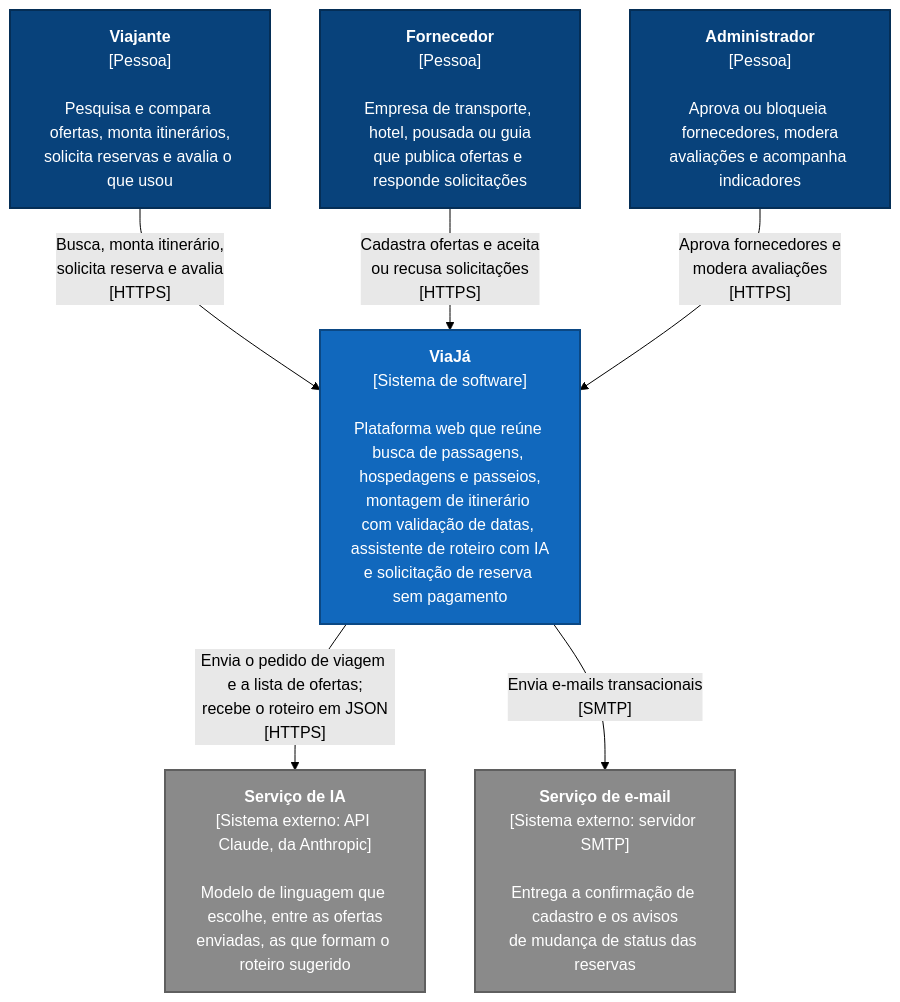
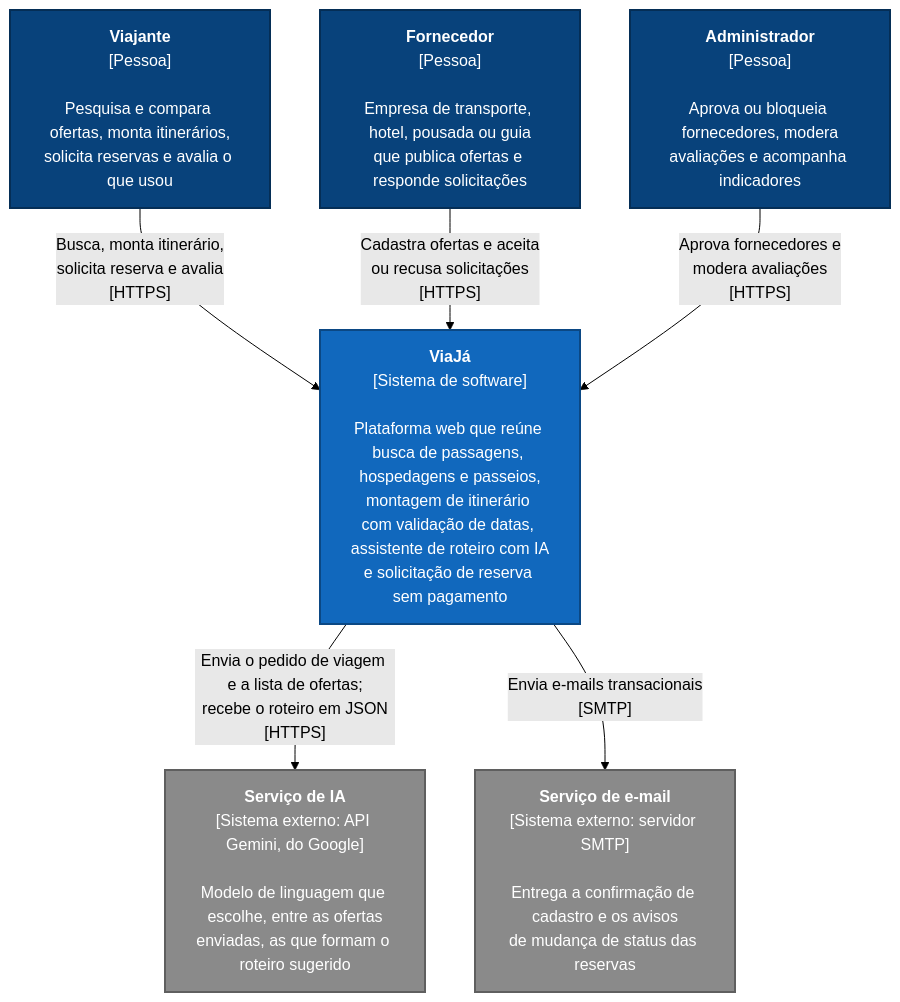
Before and after one commit to duquexote/viaja: the diagram in docs/c4/c4-1-contexto.mmd, drawn with Mermaid (forest theme). The commit also changed 22 other files, not shown here.

```diff
--- a/docs/c4/c4-1-contexto.mmd
+++ b/docs/c4/c4-1-contexto.mmd
@@ -1,22 +1,22 @@
 flowchart TB
     viajante["<b>Viajante</b><br/>[Pessoa]<br/><br/>Pesquisa e compara ofertas, monta itinerários,<br/>solicita reservas e avalia o que usou"]
     fornecedor["<b>Fornecedor</b><br/>[Pessoa]<br/><br/>Empresa de transporte, hotel, pousada ou guia<br/>que publica ofertas e responde solicitações"]
     admin["<b>Administrador</b><br/>[Pessoa]<br/><br/>Aprova ou bloqueia fornecedores, modera<br/>avaliações e acompanha indicadores"]
 
     viaja["<b>ViaJá</b><br/>[Sistema de software]<br/><br/>Plataforma web que reúne busca de passagens, hospedagens e passeios,<br/>montagem de itinerário com validação de datas, assistente de roteiro com IA<br/>e solicitação de reserva sem pagamento"]
 
-    ia["<b>Serviço de IA</b><br/>[Sistema externo: API Claude, da Anthropic]<br/><br/>Modelo de linguagem que escolhe, entre as ofertas<br/>enviadas, as que formam o roteiro sugerido"]
+    ia["<b>Serviço de IA</b><br/>[Sistema externo: API Gemini, do Google]<br/><br/>Modelo de linguagem que escolhe, entre as ofertas<br/>enviadas, as que formam o roteiro sugerido"]
     email["<b>Serviço de e-mail</b><br/>[Sistema externo: servidor SMTP]<br/><br/>Entrega a confirmação de cadastro e os avisos<br/>de mudança de status das reservas"]
 
     viajante -->|"Busca, monta itinerário,<br/>solicita reserva e avalia<br/>[HTTPS]"| viaja
     fornecedor -->|"Cadastra ofertas e aceita<br/>ou recusa solicitações<br/>[HTTPS]"| viaja
     admin -->|"Aprova fornecedores e<br/>modera avaliações<br/>[HTTPS]"| viaja
     viaja -->|"Envia o pedido de viagem e a lista de ofertas;<br/>recebe o roteiro em JSON<br/>[HTTPS]"| ia
     viaja -->|"Envia e-mails transacionais<br/>[SMTP]"| email
 
     classDef pessoa fill:#08427b,stroke:#052e56,stroke-width:2px,color:#ffffff
     classDef sistema fill:#1168bd,stroke:#0b4884,stroke-width:2px,color:#ffffff
     classDef externo fill:#8a8a8a,stroke:#5f5f5f,stroke-width:2px,color:#ffffff
     class viajante,fornecedor,admin pessoa
     class viaja sistema
     class ia,email externo
```
